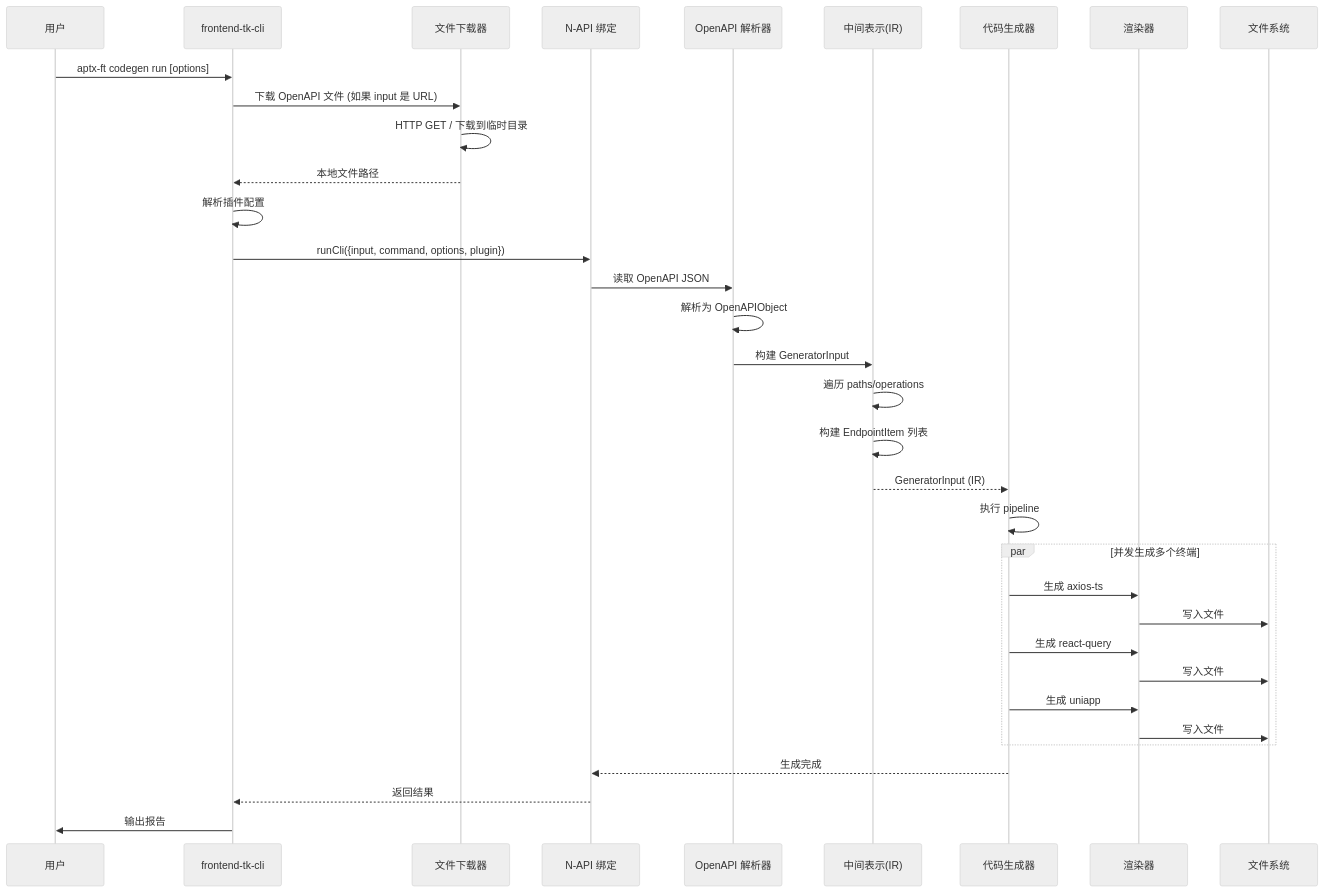
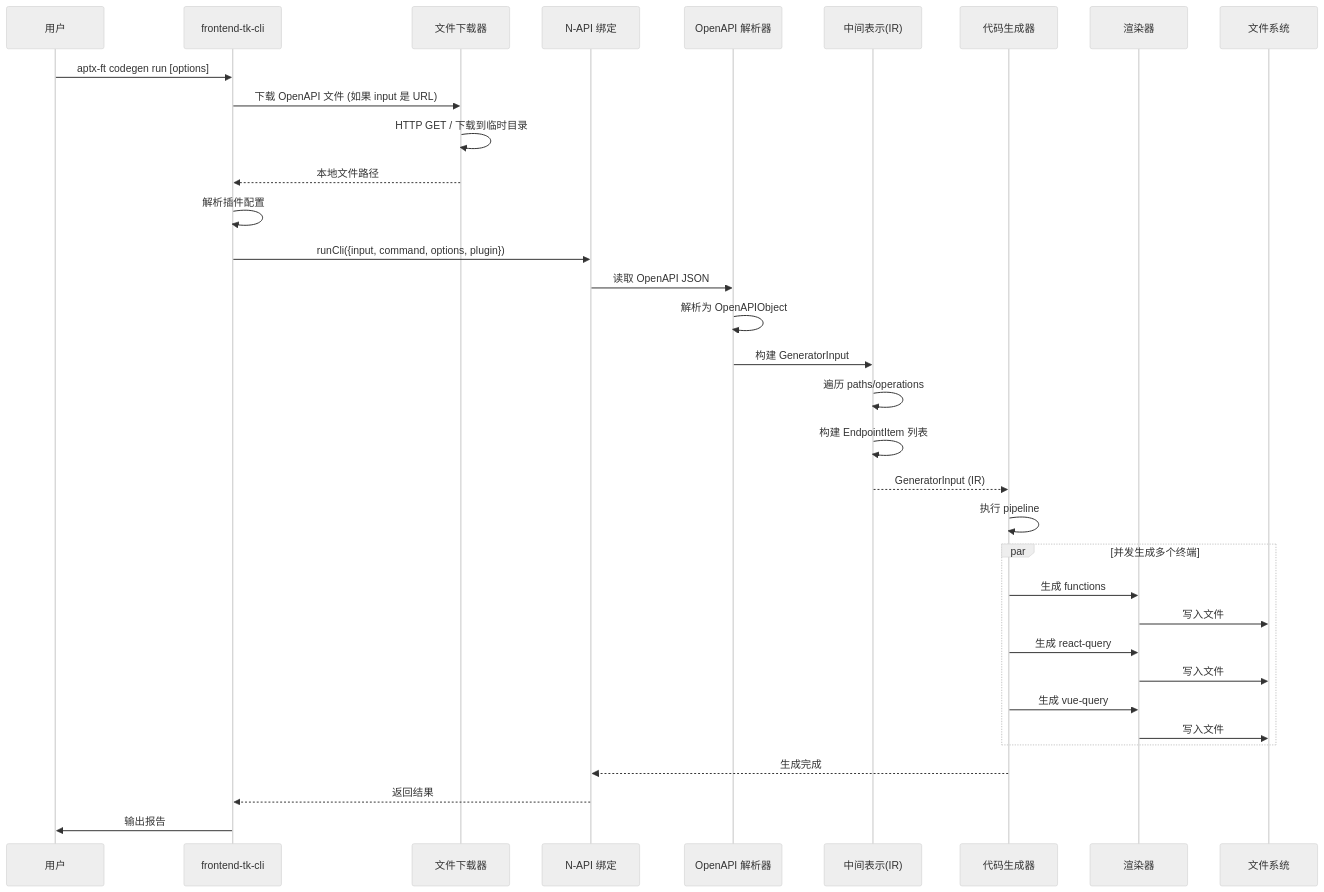
Before and after one commit to HaibaraAiAPTX/frontend_tk_rs: the fourth of 14 diagrams in docs/ARCHITECTURE.md, drawn with Mermaid (neutral theme). The commit also changed other lines of this file and 28 other files, not shown here.

````diff
--- a/docs/ARCHITECTURE.md
+++ b/docs/ARCHITECTURE.md
@@ -301,39 +302,39 @@
 ```mermaid
 sequenceDiagram
     participant User as 用户
     participant CLI as frontend-tk-cli
     participant Downloader as 文件下载器
     participant NAPI as N-API 绑定
     participant Parser as OpenAPI 解析器
     participant IR as 中间表示(IR)
     participant Gen as 代码生成器
     participant Render as 渲染器
     participant Output as 文件系统
 
     User->>CLI: aptx-ft codegen run [options]
     CLI->>Downloader: 下载 OpenAPI 文件 (如果 input 是 URL)
     Downloader->>Downloader: HTTP GET / 下载到临时目录
     Downloader-->>CLI: 本地文件路径
     CLI->>CLI: 解析插件配置
     CLI->>NAPI: runCli({input, command, options, plugin})
     NAPI->>Parser: 读取 OpenAPI JSON
     Parser->>Parser: 解析为 OpenAPIObject
     Parser->>IR: 构建 GeneratorInput
     IR->>IR: 遍历 paths/operations
     IR->>IR: 构建 EndpointItem 列表
     IR-->>Gen: GeneratorInput (IR)
     Gen->>Gen: 执行 pipeline
 
     par 并发生成多个终端
-        Gen->>Render: 生成 axios-ts
+        Gen->>Render: 生成 functions
         Render->>Output: 写入文件
         Gen->>Render: 生成 react-query
         Render->>Output: 写入文件
-        Gen->>Render: 生成 uniapp
+        Gen->>Render: 生成 vue-query
         Render->>Output: 写入文件
     end
 
     Gen-->>NAPI: 生成完成
     NAPI-->>CLI: 返回结果
     CLI->>User: 输出报告
 ```
````
